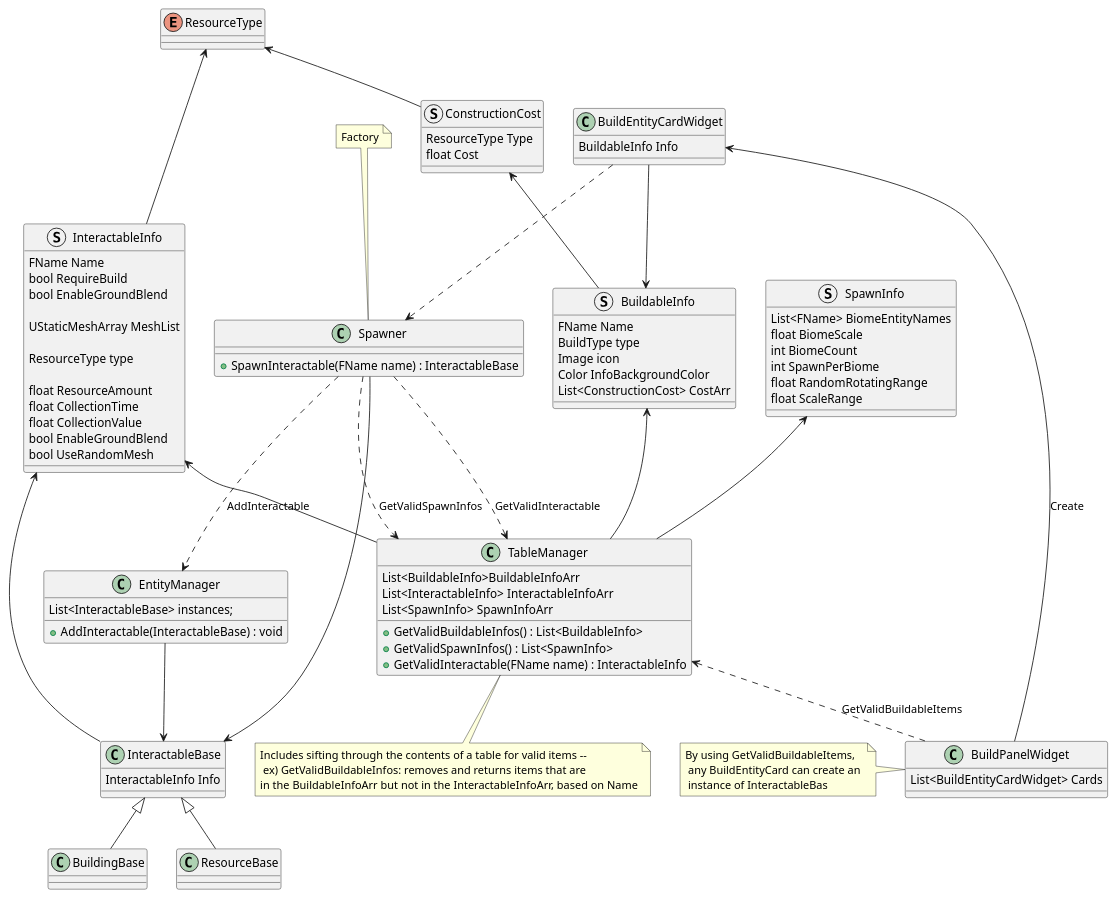
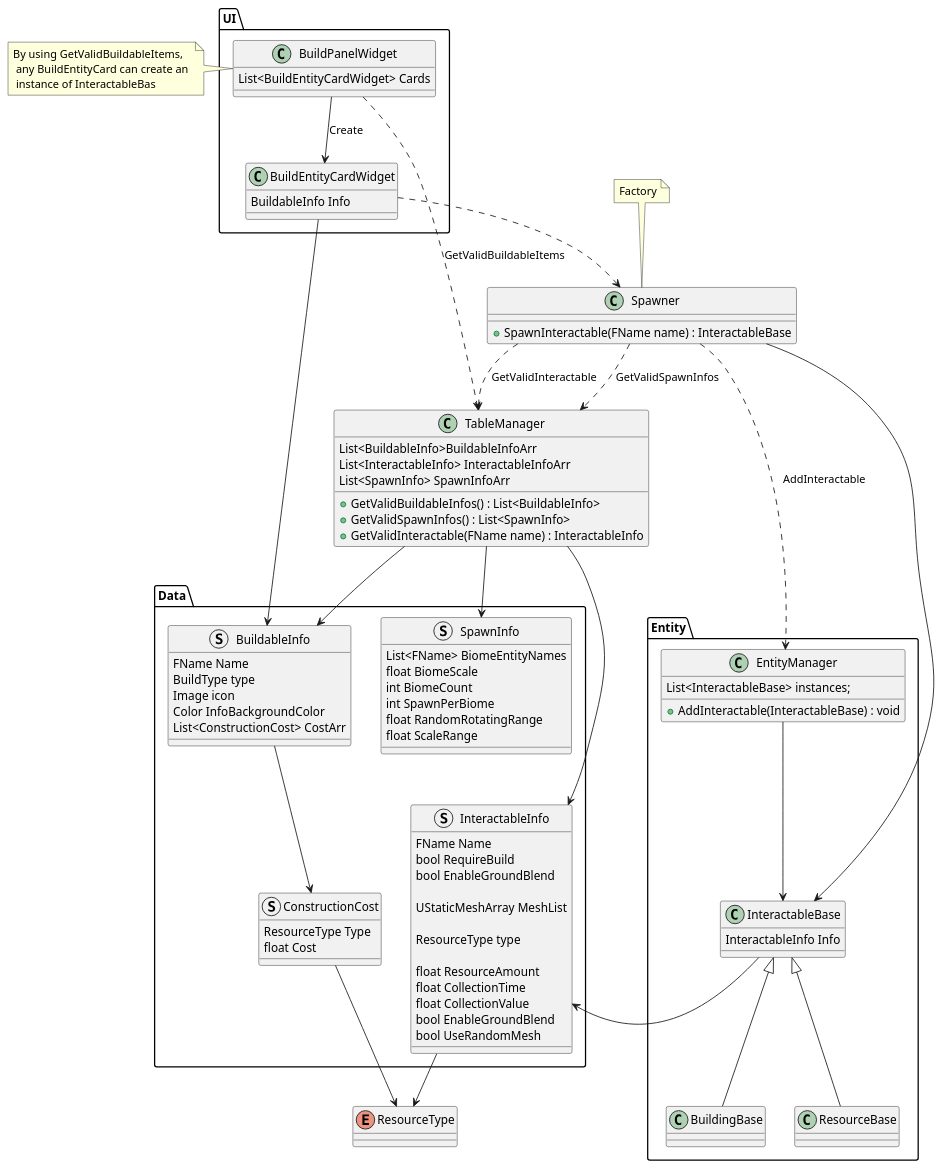
One commit to ChoiJK/Cropout_Clone_Cpp changed the diagram in Diagrams/Entity Table.wsd. Above: the diagram before and after it, drawn with PlantUML. The commit also changed 3 other files, not shown here.

Commit message:
UML Update, Create UeRx Plugin plan

```diff
--- a/Diagrams/Entity Table.wsd
+++ b/Diagrams/Entity Table.wsd
@@ -1,111 +1,121 @@
 @startuml
 
-    enum ResourceType{
-    }
+set namespaceSeparator ::
 
-    struct ConstructionCost{
-        ResourceType Type
-        float Cost
-    }
-    ResourceType <-- ConstructionCost
+enum ResourceType{
+}
 
-    struct BuildableInfo{
-        FName Name
-        BuildType type
-        Image icon
-        Color InfoBackgroundColor
-        List<ConstructionCost> CostArr
-    }
-    ConstructionCost <-- BuildableInfo
+struct Data::ConstructionCost{
+    ResourceType Type
+    float Cost
+}
 
-    struct SpawnInfo{
-        List<FName> BiomeEntityNames
-        float BiomeScale
-        int BiomeCount
-        int SpawnPerBiome
-        float RandomRotatingRange
-        float ScaleRange
-    }
+struct Data::BuildableInfo{
+    FName Name
+    BuildType type
+    Image icon
+    Color InfoBackgroundColor
+    List<ConstructionCost> CostArr
+}
 
-    struct InteractableInfo{
-        FName Name
-        bool RequireBuild
-        bool EnableGroundBlend
+struct Data::SpawnInfo{
+    List<FName> BiomeEntityNames
+    float BiomeScale
+    int BiomeCount
+    int SpawnPerBiome
+    float RandomRotatingRange
+    float ScaleRange
+}
 
-        UStaticMeshArray MeshList
+struct Data::InteractableInfo{
+    FName Name
+    bool RequireBuild
+    bool EnableGroundBlend
 
-        ResourceType type
+    UStaticMeshArray MeshList
 
-        float ResourceAmount
-        float CollectionTime
-        float CollectionValue
-        bool EnableGroundBlend
-        bool UseRandomMesh
-    }
-    ResourceType <-- InteractableInfo
+    ResourceType type
 
-    class TableManager{
-        List<BuildableInfo>BuildableInfoArr
-        List<InteractableInfo> InteractableInfoArr
-        List<SpawnInfo> SpawnInfoArr
+    float ResourceAmount
+    float CollectionTime
+    float CollectionValue
+    bool EnableGroundBlend
+    bool UseRandomMesh
+}
 
-        + GetValidBuildableInfos() : List<BuildableInfo>
-        + GetValidSpawnInfos() : List<SpawnInfo>
-        + GetValidInteractable(FName name) : InteractableInfo
-    }
-    note bottom : Includes sifting through the contents of a table for valid items --\n ex) GetValidBuildableInfos: removes and returns items that are \nin the BuildableInfoArr but not in the InteractableInfoArr, based on Name
-   
+class TableManager{
+    List<BuildableInfo>BuildableInfoArr
+    List<InteractableInfo> InteractableInfoArr
+    List<SpawnInfo> SpawnInfoArr
 
-    BuildableInfo <-- TableManager
-    InteractableInfo <-- TableManager
-    SpawnInfo <-- TableManager
-
-    class InteractableBase{
-        InteractableInfo Info
-    }
-    InteractableInfo <-- InteractableBase
-
-    class BuildingBase{
-
-    }
-    InteractableBase <|-- BuildingBase
-
-    class ResourceBase{
-
-    }
-    InteractableBase <|-- ResourceBase
-
-    class EntityManager{
-        List<InteractableBase> instances;
-
-        + AddInteractable(InteractableBase) : void
-    }
-    EntityManager --> InteractableBase
-
-    class Spawner{
-        + SpawnInteractable(FName name) : InteractableBase
-    }
-    note top : Factory
-    Spawner ..> TableManager : GetValidSpawnInfos
-    Spawner ..> TableManager : GetValidInteractable
-    Spawner ..> EntityManager : AddInteractable
-    Spawner --> InteractableBase
+    + GetValidBuildableInfos() : List<BuildableInfo>
+    + GetValidSpawnInfos() : List<SpawnInfo>
+    + GetValidInteractable(FName name) : InteractableInfo
+}
+'note up : Includes sifting through the contents of a table for valid items --\n ex) GetValidBuildableInfos: removes and returns items that are \nin the BuildableInfoArr but not in the InteractableInfoArr, based on Name
 
 
-    class BuildEntityCardWidget{
-        BuildableInfo Info
-    }
-    BuildEntityCardWidget --> BuildableInfo
-    BuildEntityCardWidget ..> Spawner
+class Entity::InteractableBase{
+    InteractableInfo Info
+}
 
-    
-    class BuildPanelWidget{
-        List<BuildEntityCardWidget> Cards
-    }
-    note left : By using GetValidBuildableItems, \n any BuildEntityCard can create an \n instance of InteractableBas
+class Entity::BuildingBase{
 
-    TableManager <.. BuildPanelWidget : GetValidBuildableItems
-    BuildEntityCardWidget <-- BuildPanelWidget : Create
+}
+
+class Entity::ResourceBase{
+
+}
+
+class Entity::EntityManager{
+    List<InteractableBase> instances;
+
+    + AddInteractable(InteractableBase) : void
+}
+
+class Spawner{
+    + SpawnInteractable(FName name) : InteractableBase
+}
+note top : Factory
+
+class UI::BuildEntityCardWidget{
+    BuildableInfo Info
+}
+
+
+class UI::BuildPanelWidget{
+    List<BuildEntityCardWidget> Cards
+}
+note left : By using GetValidBuildableItems, \n any BuildEntityCard can create an \n instance of InteractableBas
+
+
+ConstructionCost -down-> ResourceType
+BuildableInfo -down-> ConstructionCost
+InteractableInfo -down-> ResourceType
+
+TableManager --> BuildableInfo 
+TableManager --> InteractableInfo
+TableManager --> SpawnInfo
+SpawnInfo -[hidden]right-> BuildableInfo
+SpawnInfo -[hidden]down-> InteractableInfo
+ConstructionCost -[hidden]right-> SpawnInfo
+
+InteractableBase -left-> InteractableInfo
+BuildingBase -up-|> InteractableBase
+ResourceBase -up-|> InteractableBase
+
+EntityManager --> InteractableBase
+
+Spawner ..> TableManager : GetValidSpawnInfos
+Spawner ..> TableManager : GetValidInteractable
+Spawner ..> EntityManager : AddInteractable
+Spawner --> InteractableBase
+
+BuildEntityCardWidget --> BuildableInfo
+BuildEntityCardWidget ..> Spawner
+
+BuildPanelWidget ..> TableManager : GetValidBuildableItems
+BuildPanelWidget --> BuildEntityCardWidget : Create
 
 
 @enduml
```
